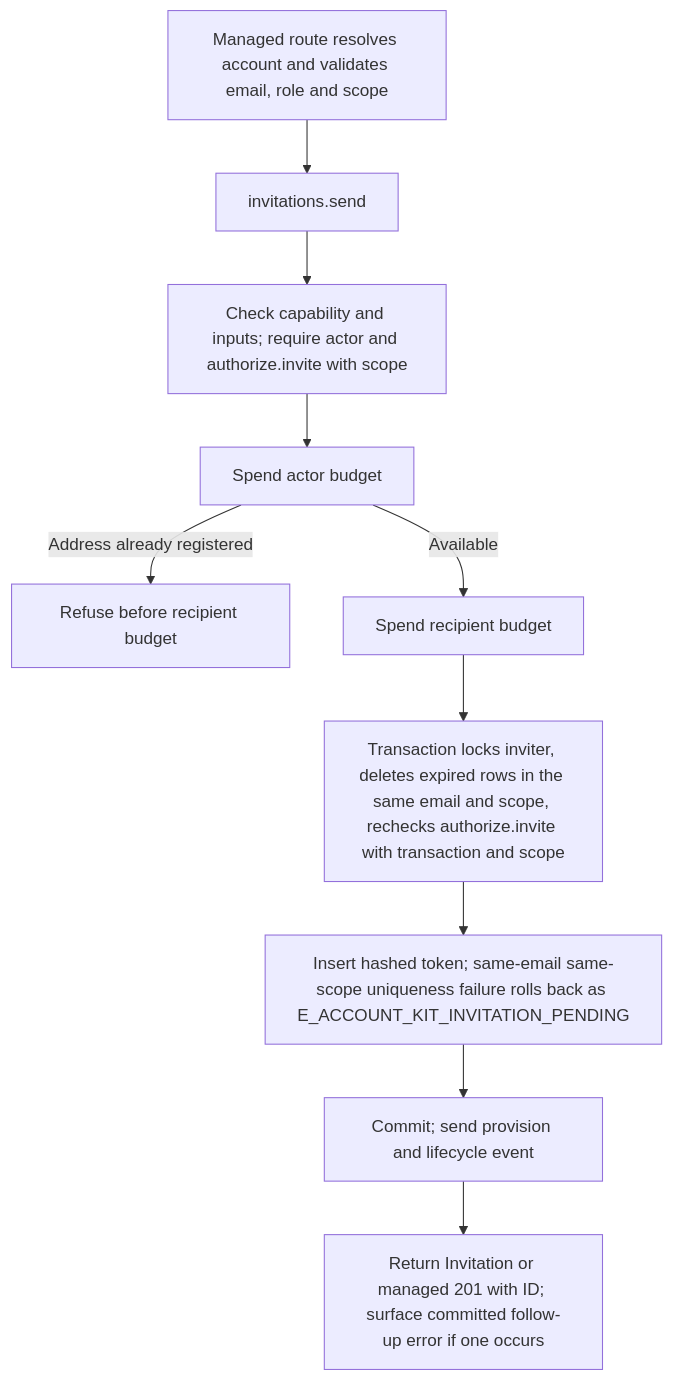
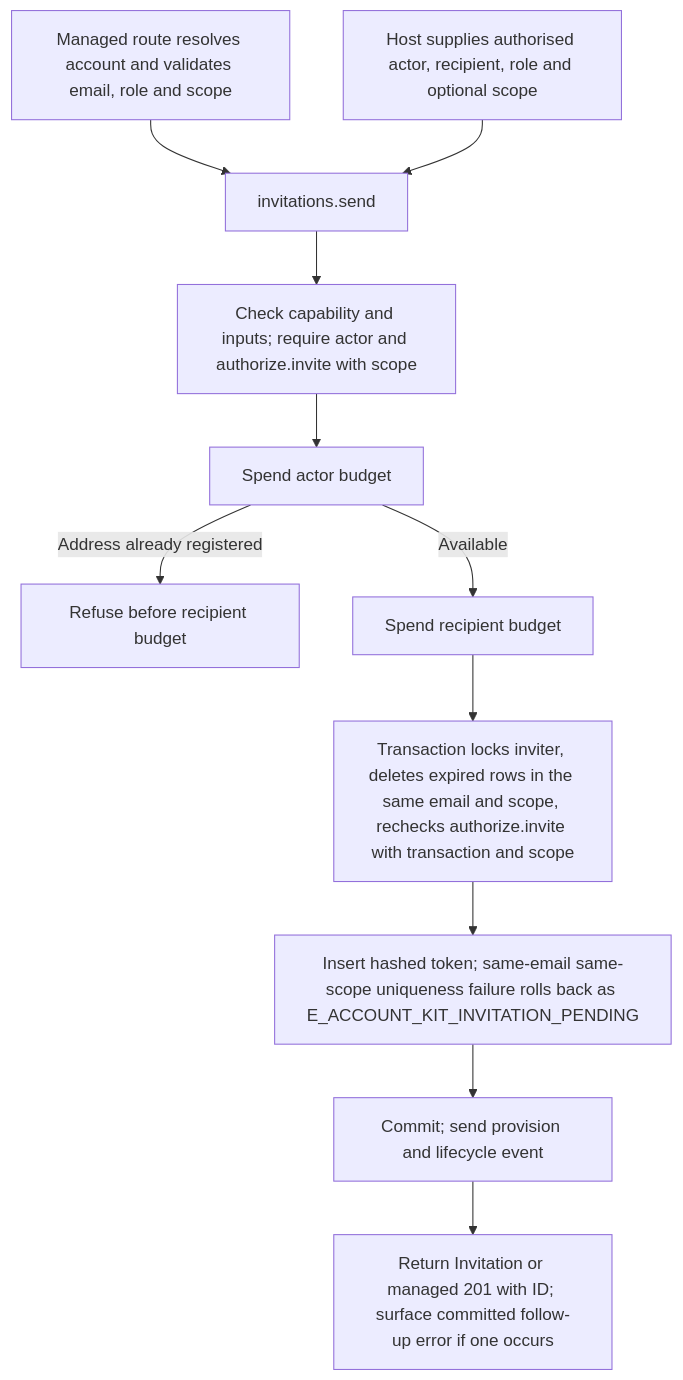
Before and after one commit to Kevinjohn/oss-adonisjs-account-kit: the second of 2 diagrams in user-stories/US-ACCOUNT-08-send-invitation.md, drawn with Mermaid. The commit also changed 42 other files, not shown here.

````diff
--- a/user-stories/US-ACCOUNT-08-send-invitation.md
+++ b/user-stories/US-ACCOUNT-08-send-invitation.md
@@ -34,12 +34,13 @@
 ```mermaid
 flowchart TD
   M["Managed route resolves account and validates email, role and scope"] --> A["invitations.send"]
+  H0["Host supplies authorised actor, recipient, role and optional scope"] --> A
   A --> B["Check capability and inputs; require actor and authorize.invite with scope"]
   B --> C["Spend actor budget"]
   C -->|Address already registered| R["Refuse before recipient budget"]
   C -->|Available| D["Spend recipient budget"]
   D --> E["Transaction locks inviter, deletes expired rows in the same email and scope, rechecks authorize.invite with transaction and scope"]
   E --> F["Insert hashed token; same-email same-scope uniqueness failure rolls back as E_ACCOUNT_KIT_INVITATION_PENDING"]
   F --> G["Commit; send provision and lifecycle event"]
   G --> H["Return Invitation or managed 201 with ID; surface committed follow-up error if one occurs"]
 ```
````
